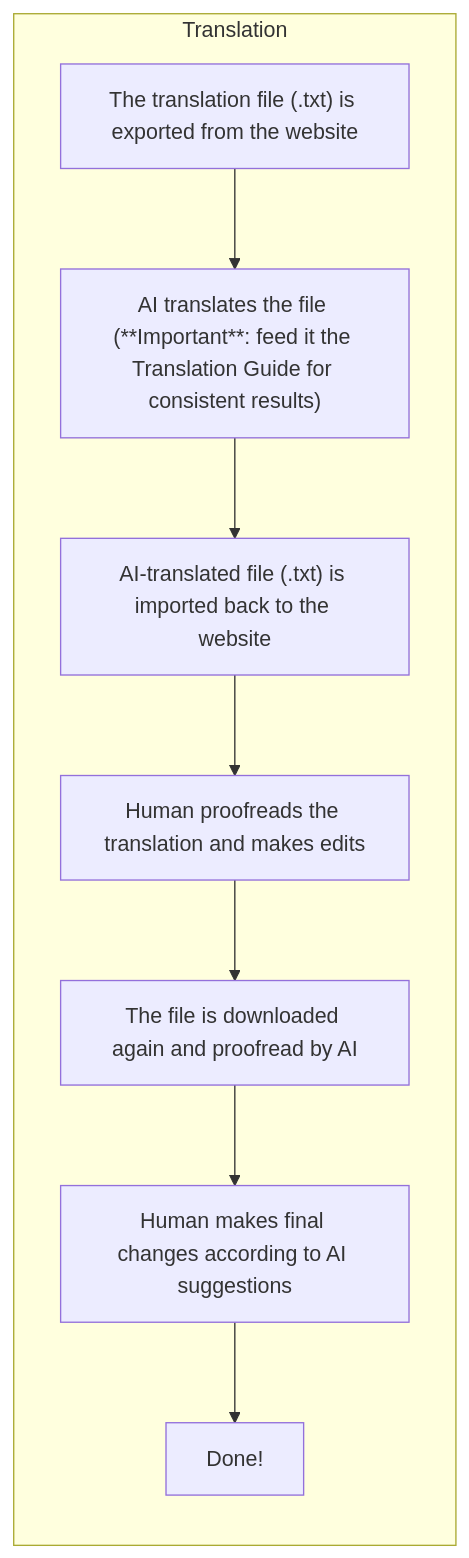
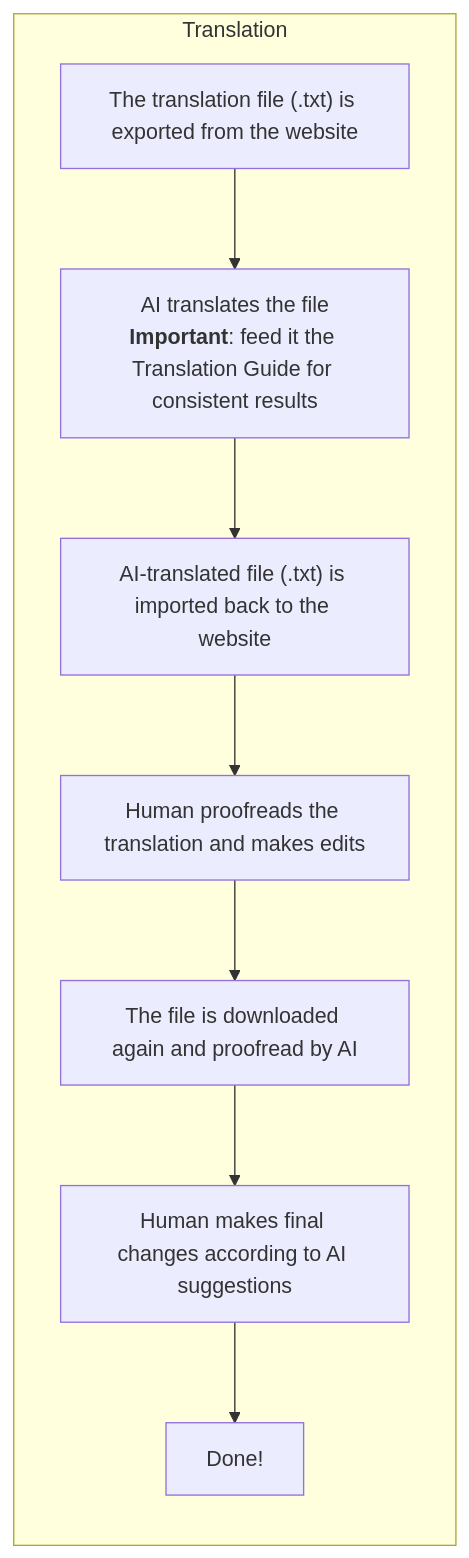
One commit to MaksymShcherbak/brok-ua changed the diagram in process.md. Above: the diagram before and after it, drawn with Mermaid.

Commit message:
Fix formatting for bold text

````diff
--- a/process.md
+++ b/process.md
@@ -9,14 +9,14 @@
 ```mermaid
 flowchart TB
 subgraph Row1["Translation"]
 direction TB
 A["The translation file (.txt) is exported from the website"]
-B["AI translates the file (**Important**: feed it the Translation Guide for consistent results)"]
+B["AI translates the file<br><b>Important</b>: feed it the Translation Guide for consistent results"]
 C["AI-translated file (.txt) is imported back to the website"]
 D["Human proofreads the translation and makes edits"]
 E["The file is downloaded again and proofread by AI"]
 F["Human makes final changes according to AI suggestions"]
 G["Done!"]
 A --> B --> C --> D --> E --> F --> G
 end
 ```
````
